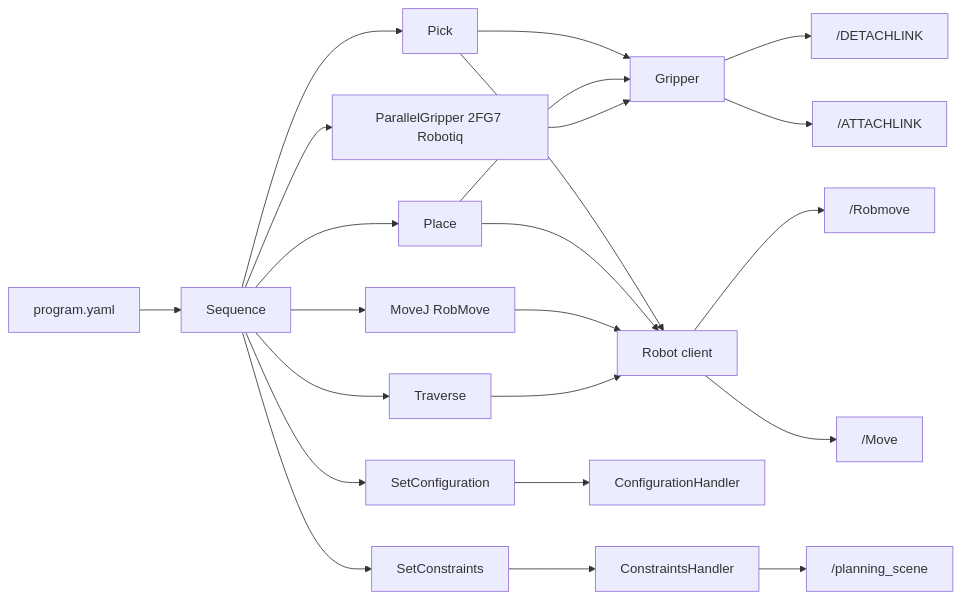
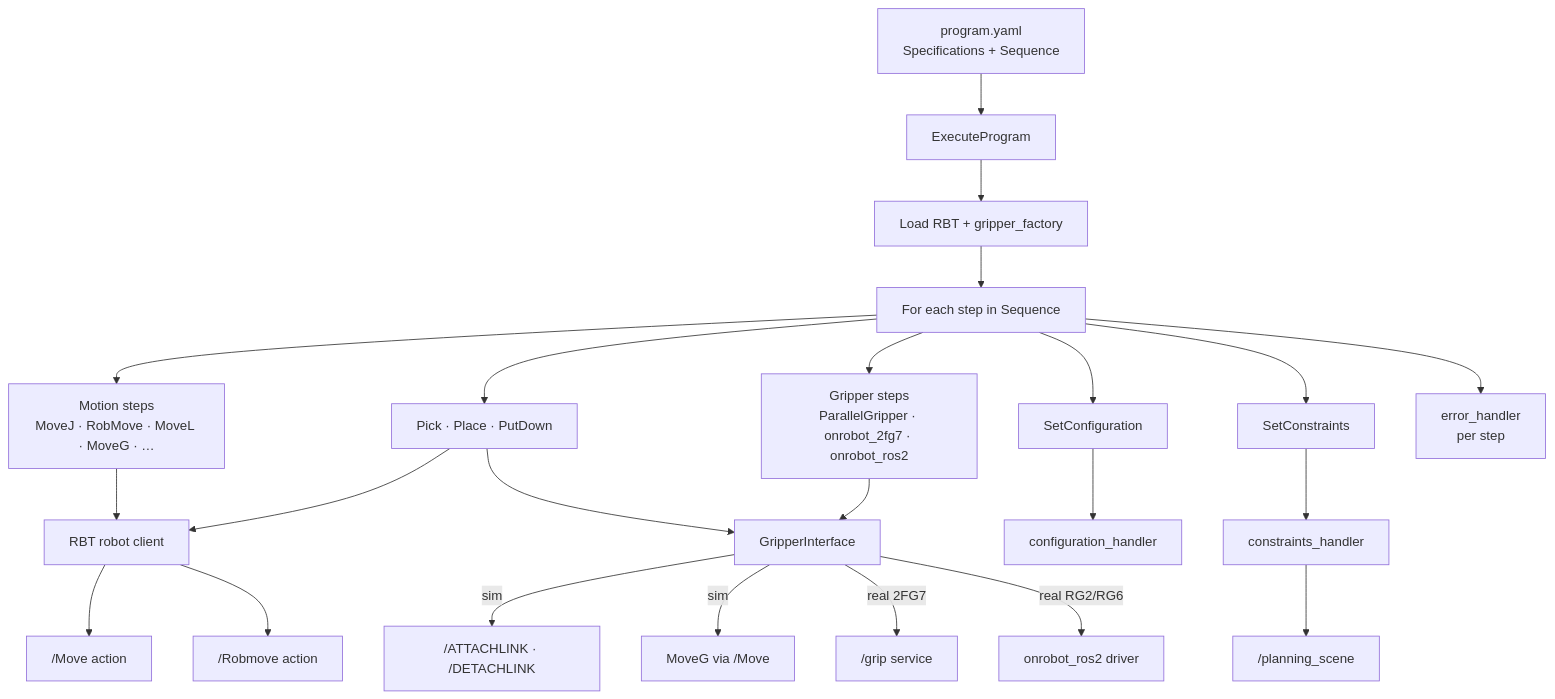
The diagram in doc/diagrams/06-execute-program-dispatch.mmd (CLAIR-LAB-TECHNION/clair-pick-and-place-ros2), drawn with Mermaid before and after one commit. The commit also changed 18 other files, not shown here.

```diff
--- a/doc/diagrams/06-execute-program-dispatch.mmd
+++ b/doc/diagrams/06-execute-program-dispatch.mmd
@@ -1,25 +1,31 @@
-flowchart LR
-    YAML[program.yaml] --> Seq[Sequence]
-    Seq --> S1[SetConfiguration]
-    Seq --> S2[SetConstraints]
-    Seq --> S3[MoveJ RobMove]
-    Seq --> S4[Pick]
-    Seq --> S5[Place]
-    Seq --> S6[ParallelGripper 2FG7 Robotiq]
-    Seq --> S7[Traverse]
+flowchart TB
+    YAML[program.yaml<br/>Specifications + Sequence] --> Exec[ExecuteProgram]
 
-    S4 --> RBT[Robot client]
-    S4 --> GRIP[Gripper]
-    S5 --> RBT
-    S5 --> GRIP
-    S6 --> GRIP
-    S1 --> Config[ConfigurationHandler]
-    S2 --> Constraints[ConstraintsHandler]
-    S3 --> RBT
-    S7 --> RBT
+    Exec --> Load[Load RBT + gripper_factory]
+    Load --> Loop[For each step in Sequence]
 
-    RBT --> MoveNode["/Move"]
-    RBT --> RobmoveNode["/Robmove"]
-    GRIP --> AttachNode["/ATTACHLINK"]
-    GRIP --> DetachNode["/DETACHLINK"]
-    Constraints --> PlanningNode["/planning_scene"]
+    Loop --> Motion["Motion steps<br/>MoveJ · RobMove · MoveL · MoveG · …"]
+    Loop --> HLD["Pick · Place · PutDown"]
+    Loop --> Grip["Gripper steps<br/>ParallelGripper · onrobot_2fg7 · onrobot_ros2"]
+    Loop --> S1[SetConfiguration]
+    Loop --> S2[SetConstraints]
+
+    Motion --> RBT[RBT robot client]
+    HLD --> RBT
+    HLD --> GRIP[GripperInterface]
+    Grip --> GRIP
+
+    S1 --> Config[configuration_handler]
+    S2 --> Constraints[constraints_handler]
+
+    RBT --> MoveA["/Move action"]
+    RBT --> RobmoveA["/Robmove action"]
+
+    GRIP -->|sim| Attach["/ATTACHLINK · /DETACHLINK"]
+    GRIP -->|sim| MoveG[MoveG via /Move]
+    GRIP -->|real 2FG7| GripSvc["/grip service"]
+    GRIP -->|real RG2/RG6| OnRobotRos[onrobot_ros2 driver]
+
+    Constraints --> Planning["/planning_scene"]
+
+    Loop --> Err[error_handler<br/>per step]
```
